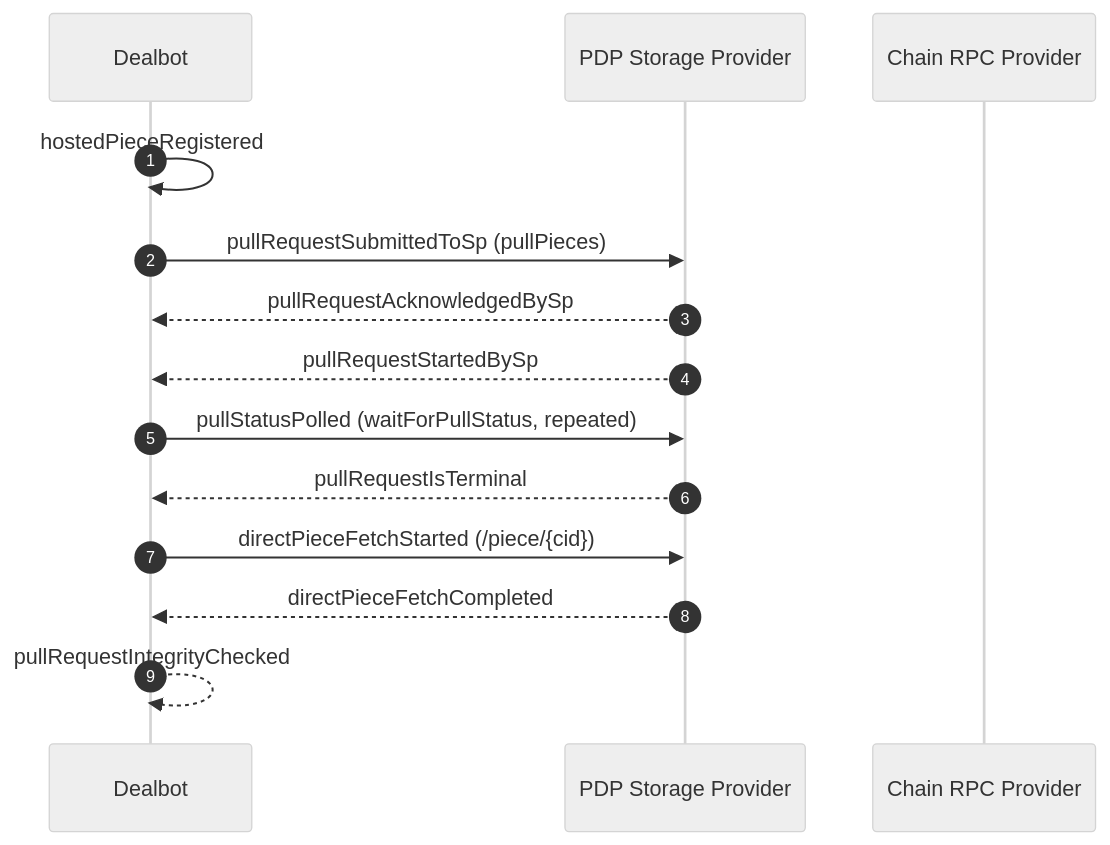
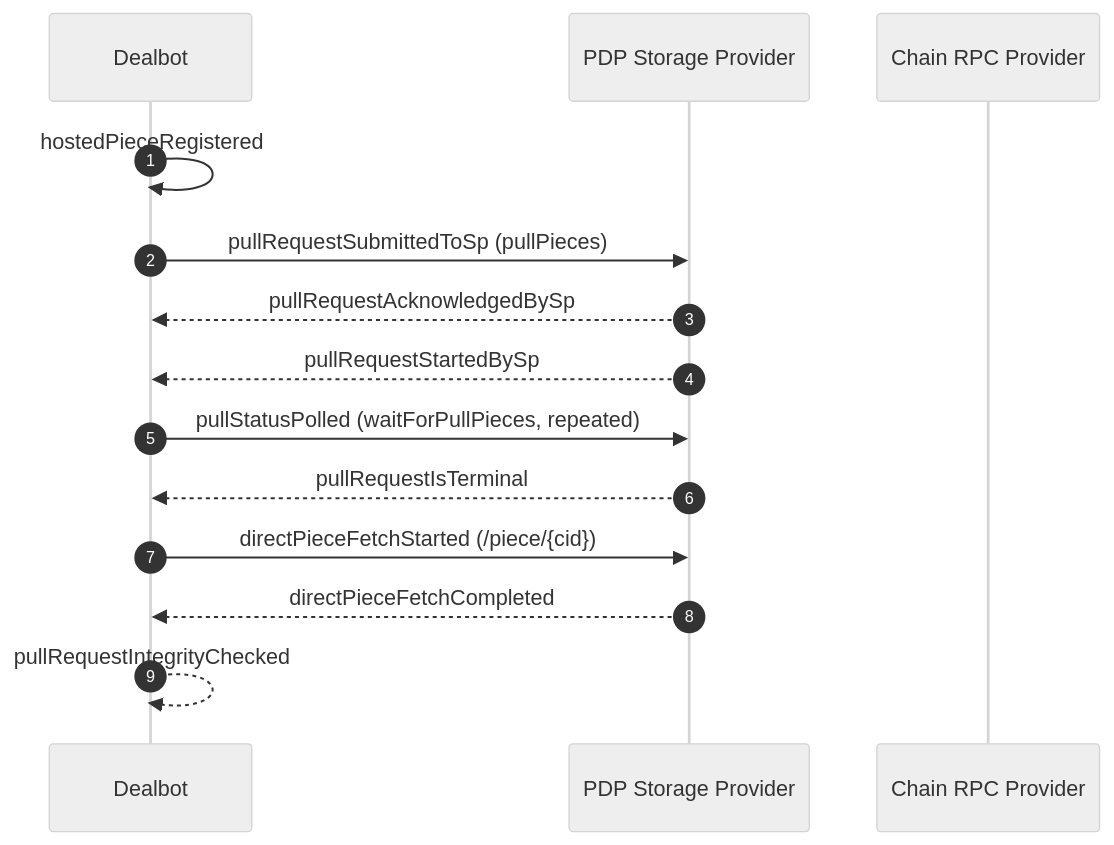
The second of 2 diagrams in docs/checks/events-and-metrics.md (FilOzone/dealbot), drawn with Mermaid (neutral theme) before and after one commit. The commit also changed other lines of this file and 4 other files, not shown here.

Commit message:
chore: update waitForPullStatus -> waitForPullPieces

````diff
--- a/docs/checks/events-and-metrics.md
+++ b/docs/checks/events-and-metrics.md
@@ -64,17 +64,17 @@
 ```mermaid
 sequenceDiagram
   autonumber
   participant Dealbot
   participant SP as PDP Storage Provider
   participant RPC as Chain RPC Provider
 
   Dealbot->>Dealbot: hostedPieceRegistered
   Dealbot->>SP: pullRequestSubmittedToSp (pullPieces)
   SP-->>Dealbot: pullRequestAcknowledgedBySp
   SP-->>Dealbot: pullRequestStartedBySp
-  Dealbot->>SP: pullStatusPolled (waitForPullStatus, repeated)
+  Dealbot->>SP: pullStatusPolled (waitForPullPieces, repeated)
   SP-->>Dealbot: pullRequestIsTerminal
   Dealbot->>SP: directPieceFetchStarted (/piece/{cid})
   SP-->>Dealbot: directPieceFetchCompleted
   Dealbot-->>Dealbot: pullRequestIntegrityChecked
 ```
````
